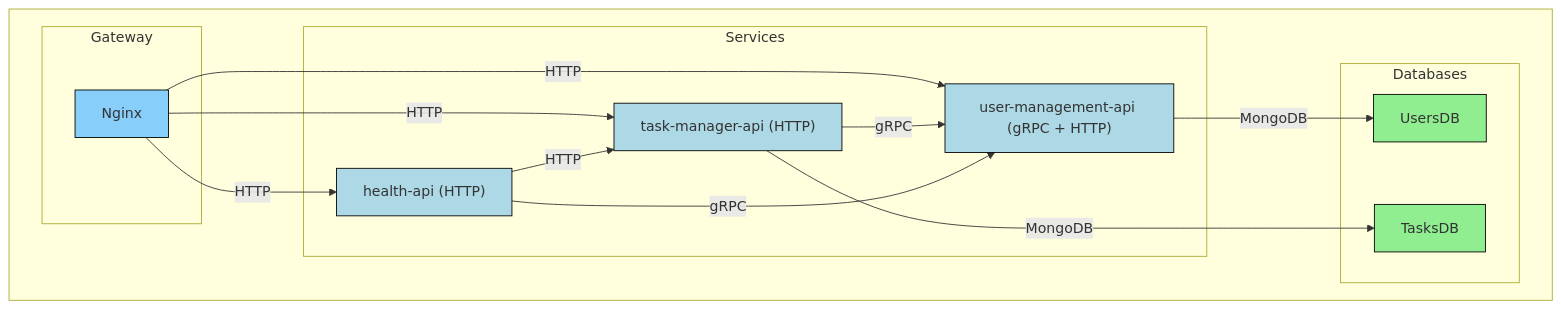
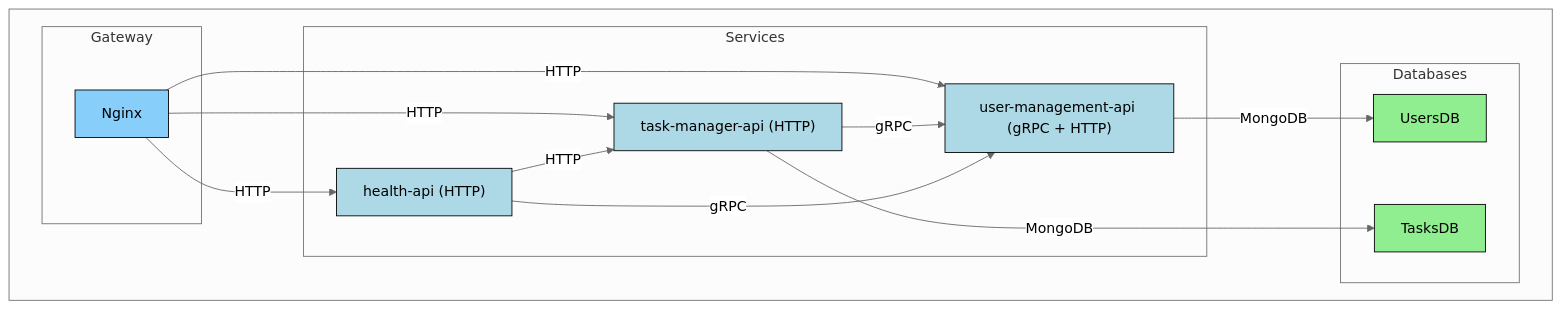
Before and after one commit to sergicanet9/go-microservices-demo: the diagram in README.md, drawn with Mermaid.

Commit message:
change styles

````diff
--- a/README.md
+++ b/README.md
@@ -22,40 +22,42 @@
 ```mermaid
+%%{init: {'theme': 'neutral'}}%%
 graph TD
+    %% Styles
+    style NG fill:#87CEFA,stroke:#000,stroke-width:1px
+    style UM fill:#ADD8E6,stroke:#000,stroke-width:1px
+    style TM fill:#ADD8E6,stroke:#000,stroke-width:1px
+    style HA fill:#ADD8E6,stroke:#000,stroke-width:1px
+    style MDB-UM fill:#90EE90,stroke:#000,stroke-width:1px
+    style MDB-TM fill:#90EE90,stroke:#000,stroke-width:1px
+    
     subgraph  
         subgraph "Gateway"
             NG[Nginx]
         end
 
         subgraph "Services"
             UM["user-management-api (gRPC + HTTP)"]
             TM["task-manager-api (HTTP)"]
             HA["health-api (HTTP)"]
         end
 
         subgraph "Databases"
             MDB-UM[UsersDB]
             MDB-TM[TasksDB]
         end
     end
 
     %% HTTP traffic through Nginx
     NG -->|HTTP| UM
     NG -->|HTTP| TM
     NG -->|HTTP| HA
 
     %% Internal communications
     TM -->|gRPC| UM
     HA -->|gRPC| UM
     HA -->|HTTP| TM
 
     %% Database connections
     UM -->|MongoDB| MDB-UM
     TM -->|MongoDB| MDB-TM
-    %% Styles
-    style NG fill:#87CEFA,stroke:#000,stroke-width:1px
-    style UM fill:#ADD8E6,stroke:#000,stroke-width:1px
-    style TM fill:#ADD8E6,stroke:#000,stroke-width:1px
-    style HA fill:#ADD8E6,stroke:#000,stroke-width:1px
-    style MDB-UM fill:#90EE90,stroke:#000,stroke-width:1px
-    style MDB-TM fill:#90EE90,stroke:#000,stroke-width:1px
 ```
````
